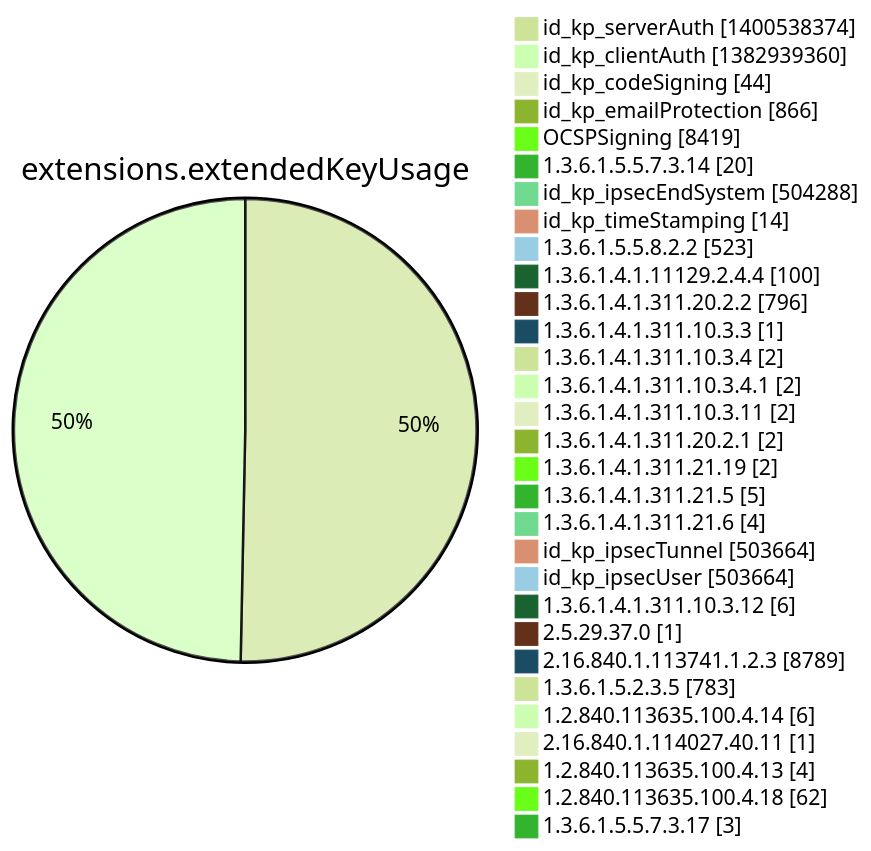
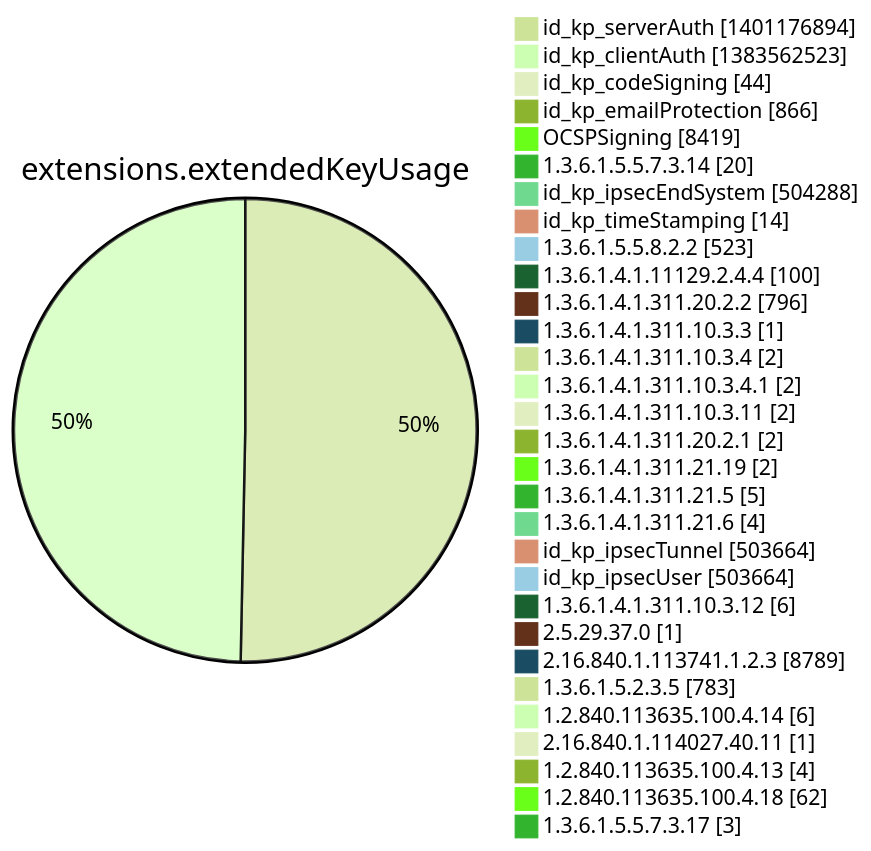
Before and after one commit to christiankrug/ctmonitor_visualization: diagram 12 of 15 in argon2022/README.md, drawn with Mermaid (forest theme). The commit also changed other lines of this file, not shown here.

````diff
--- a/argon2022/README.md
+++ b/argon2022/README.md
@@ -3554,34 +3554,34 @@
 ```mermaid
 pie showData
 title extensions.extendedKeyUsage
-"id_kp_serverAuth" :1400538374
-"id_kp_clientAuth" :1382939360
+"id_kp_serverAuth" :1401176894
+"id_kp_clientAuth" :1383562523
 "id_kp_codeSigning" :44
 "id_kp_emailProtection" :866
 "OCSPSigning" :8419
 "1.3.6.1.5.5.7.3.14" :20
 "id_kp_ipsecEndSystem" :504288
 "id_kp_timeStamping" :14
 "1.3.6.1.5.5.8.2.2" :523
 "1.3.6.1.4.1.11129.2.4.4" :100
 "1.3.6.1.4.1.311.20.2.2" :796
 "1.3.6.1.4.1.311.10.3.3" :1
 "1.3.6.1.4.1.311.10.3.4" :2
 "1.3.6.1.4.1.311.10.3.4.1" :2
 "1.3.6.1.4.1.311.10.3.11" :2
 "1.3.6.1.4.1.311.20.2.1" :2
 "1.3.6.1.4.1.311.21.19" :2
 "1.3.6.1.4.1.311.21.5" :5
 "1.3.6.1.4.1.311.21.6" :4
 "id_kp_ipsecTunnel" :503664
 "id_kp_ipsecUser" :503664
 "1.3.6.1.4.1.311.10.3.12" :6
 "2.5.29.37.0" :1
 "2.16.840.1.113741.1.2.3" :8789
 "1.3.6.1.5.2.3.5" :783
 "1.2.840.113635.100.4.14" :6
 "2.16.840.1.114027.40.11" :1
 "1.2.840.113635.100.4.13" :4
 "1.2.840.113635.100.4.18" :62
 "1.3.6.1.5.5.7.3.17" :3
 ```
````
